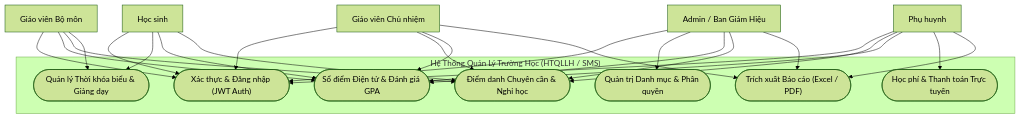
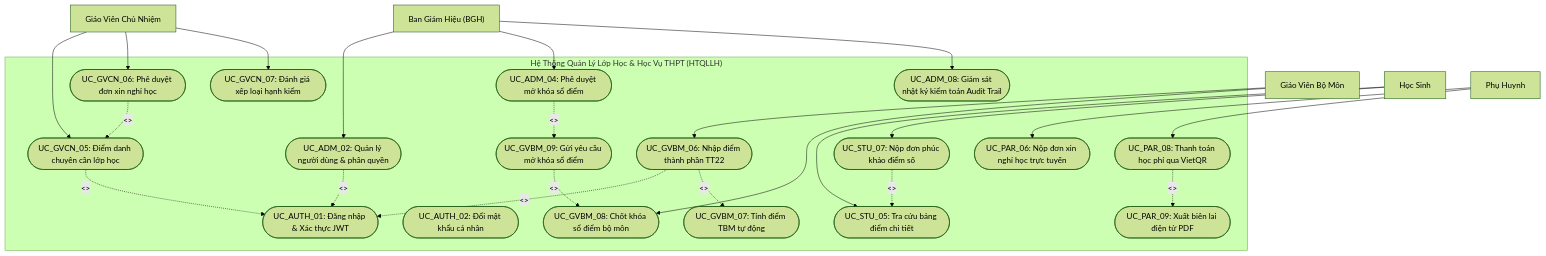
The second of 2 diagrams in docs/USE_CASES.md (DYBInh2k5/Phat-Trien-Du-An-Phan-Mem), drawn with Mermaid (forest theme) before and after one commit. The commit also changed other lines of this file and 3 other files, not shown here.

Commit message:
docs: chuan hoa tai lieu USE_CASES va UML_DIAGRAMS theo tieu chuan ky nghe phan mem RUP Cockburn va OMG UML 2.5

````diff
--- a/docs/USE_CASES.md
+++ b/docs/USE_CASES.md
@@ -42,40 +234,69 @@
 ```mermaid
 graph TB
-    subgraph SystemBoundary ["Hệ Thống Quản Lý Trường Học (HTQLLH / SMS)"]
-        %% Core Subsystems
-        UC_AUTH(["Xác thực & Đăng nhập (JWT Auth)"])
-        UC_SCHEDULE(["Quản lý Thời khóa biểu & Giảng dạy"])
-        UC_GRADE(["Sổ điểm Điện tử & Đánh giá GPA"])
-        UC_ATTEND(["Điểm danh Chuyên cần & Nghỉ học"])
-        UC_TUITION(["Học phí & Thanh toán Trực tuyến"])
-        UC_REPORT(["Trích xuất Báo cáo (Excel / PDF)"])
-        UC_ADMIN(["Quản trị Danh mục & Phân quyền"])
+    subgraph SystemBoundary ["Hệ Thống Quản Lý Lớp Học & Học Vụ THPT (HTQLLH)"]
+        %% Core Shared Use Cases
+        UC_LOGIN(["UC_AUTH_01: Đăng nhập & Xác thực JWT"])
+        UC_PASS(["UC_AUTH_02: Đổi mật khẩu cá nhân"])
+
+        %% Subsystem Admin
+        UC_USER_MGT(["UC_ADM_02: Quản lý người dùng & phân quyền"])
+        UC_UNLOCK_GRADE(["UC_ADM_04: Phê duyệt mở khóa sổ điểm"])
+        UC_AUDIT(["UC_ADM_08: Giám sát nhật ký kiểm toán Audit Trail"])
+
+        %% Subsystem Subject Teacher
+        UC_INPUT_GRADE(["UC_GVBM_06: Nhập điểm thành phần TT22"])
+        UC_CALC_GRADE(["UC_GVBM_07: Tính điểm TBM tự động"])
+        UC_LOCK_GRADE(["UC_GVBM_08: Chốt khóa sổ điểm bộ môn"])
+        UC_REQ_UNLOCK(["UC_GVBM_09: Gửi yêu cầu mở khóa sổ điểm"])
+
+        %% Subsystem Homeroom Teacher
+        UC_ATTEND_DAILY(["UC_GVCN_05: Điểm danh chuyên cần lớp học"])
+        UC_APPROVE_LEAVE(["UC_GVCN_06: Phê duyệt đơn xin nghỉ học"])
+        UC_CONDUCT(["UC_GVCN_07: Đánh giá xếp loại hạnh kiểm"])
+
+        %% Subsystem Parent & Student
+        UC_VIEW_REPORT(["UC_STU_05: Tra cứu bảng điểm chi tiết"])
+        UC_APPEAL(["UC_STU_07: Nộp đơn phúc khảo điểm số"])
+        UC_SUBMIT_LEAVE(["UC_PAR_06: Nộp đơn xin nghỉ học trực tuyến"])
+        UC_PAY_TUITION(["UC_PAR_08: Thanh toán học phí qua VietQR"])
+        UC_EXPORT_RECEIPT(["UC_PAR_09: Xuất biên lai điện tử PDF"])
     end
 
-    Admin["Admin / Ban Giám Hiệu"] --> UC_AUTH
-    Admin --> UC_ADMIN
-    Admin --> UC_GRADE
-    Admin --> UC_ATTEND
-    Admin --> UC_REPORT
+    %% Actors
+    Admin["Ban Giám Hiệu (BGH)"]
+    GVCN["Giáo Viên Chủ Nhiệm"]
+    GVBM["Giáo Viên Bộ Môn"]
+    Student["Học Sinh"]
+    Parent["Phụ Huynh"]
 
-    GVCN["Giáo viên Chủ nhiệm"] --> UC_AUTH
-    GVCN --> UC_ATTEND
-    GVCN --> UC_GRADE
-    GVCN --> UC_REPORT
+    %% Actor Connections
+    Admin --> UC_USER_MGT
+    Admin --> UC_UNLOCK_GRADE
+    Admin --> UC_AUDIT
 
-    GVBM["Giáo viên Bộ môn"] --> UC_AUTH
-    GVBM --> UC_GRADE
-    GVBM --> UC_ATTEND
-    GVBM --> UC_SCHEDULE
+    GVBM --> UC_INPUT_GRADE
+    GVBM --> UC_LOCK_GRADE
 
-    Student["Học sinh"] --> UC_AUTH
-    Student --> UC_SCHEDULE
-    Student --> UC_GRADE
-    Student --> UC_ATTEND
+    GVCN --> UC_ATTEND_DAILY
+    GVCN --> UC_APPROVE_LEAVE
+    GVCN --> UC_CONDUCT
 
-    Parent["Phụ huynh"] --> UC_AUTH
-    Parent --> UC_ATTEND
-    Parent --> UC_GRADE
-    Parent --> UC_TUITION
-    Parent --> UC_REPORT
+    Student --> UC_VIEW_REPORT
+    Student --> UC_APPEAL
+
+    Parent --> UC_SUBMIT_LEAVE
+    Parent --> UC_PAY_TUITION
+
+    %% Include Relationships
+    UC_INPUT_GRADE -. "<<include>>" .-> UC_LOGIN
+    UC_INPUT_GRADE -. "<<include>>" .-> UC_CALC_GRADE
+    UC_ATTEND_DAILY -. "<<include>>" .-> UC_LOGIN
+    UC_USER_MGT -. "<<include>>" .-> UC_LOGIN
+    UC_PAY_TUITION -. "<<include>>" .-> UC_EXPORT_RECEIPT
+    UC_APPROVE_LEAVE -. "<<include>>" .-> UC_ATTEND_DAILY
+
+    %% Extend Relationships
+    UC_APPEAL -. "<<extend>>" .-> UC_VIEW_REPORT
+    UC_REQ_UNLOCK -. "<<extend>>" .-> UC_LOCK_GRADE
+    UC_UNLOCK_GRADE -. "<<extend>>" .-> UC_REQ_UNLOCK
 ```
````
